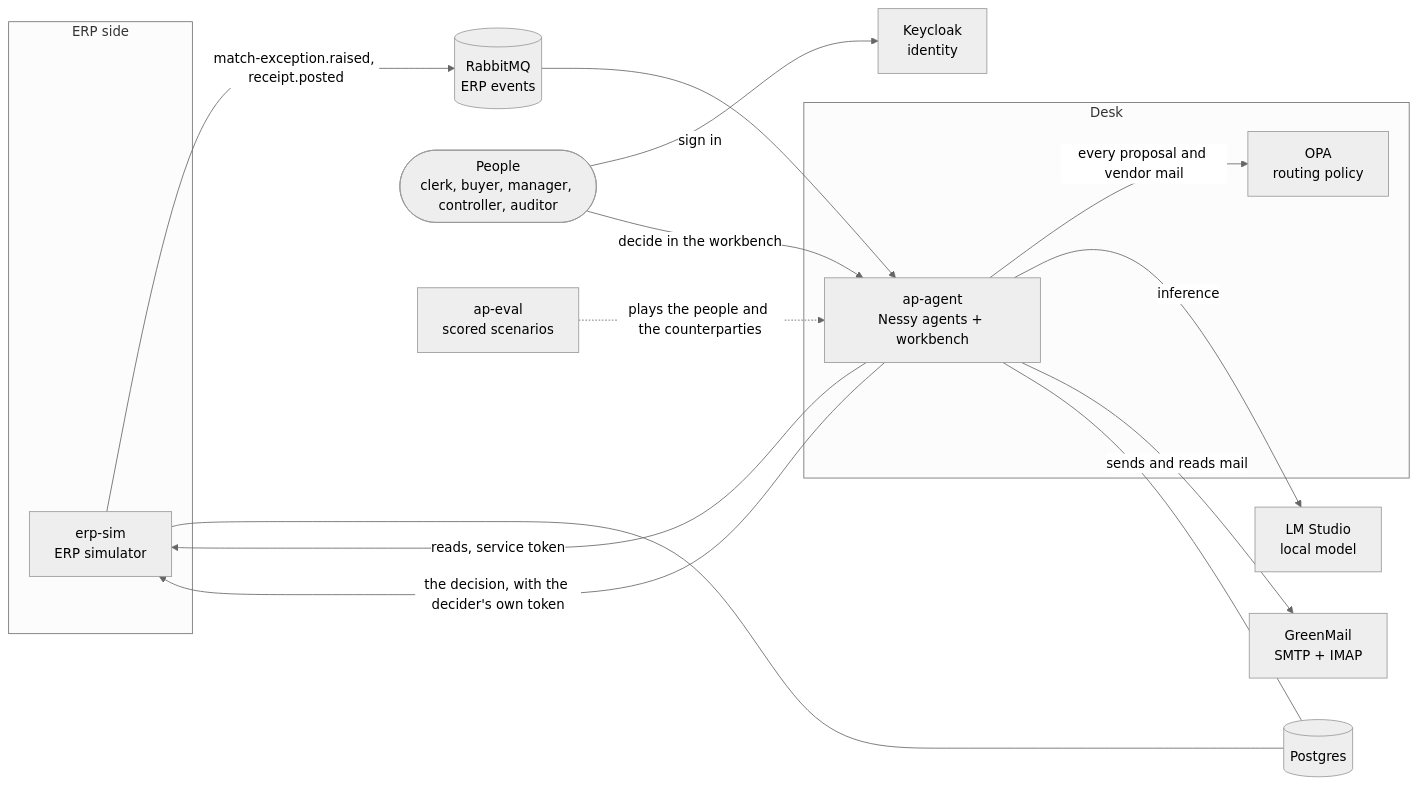
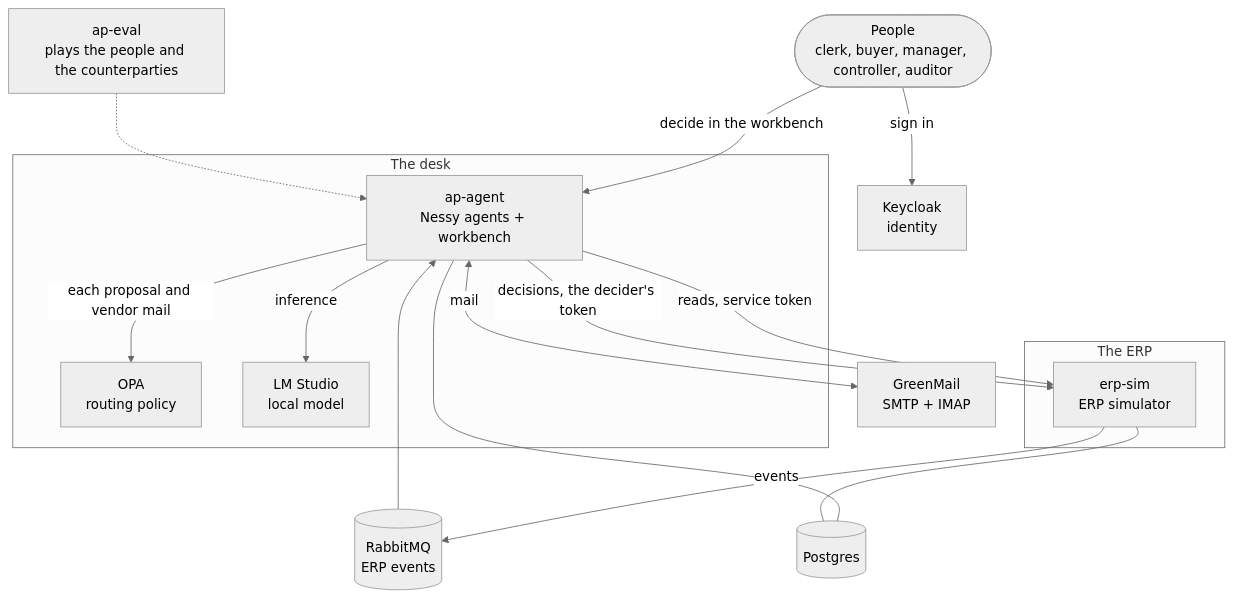
The first of 4 diagrams in docs/system.md (jwcarman/nessy-ap), drawn with Mermaid (neutral theme) before and after one commit. The commit also changed other lines of this file and 33 other files, not shown here.

````diff
--- a/docs/system.md
+++ b/docs/system.md
@@ -19,29 +19,33 @@
 ```mermaid
-flowchart LR
-  subgraph ERP side
+flowchart TB
+  PEOPLE([People<br/>clerk, buyer, manager, controller, auditor])
+  EVAL[ap-eval<br/>plays the people and the counterparties]
+  KC[Keycloak<br/>identity]
+
+  subgraph DESK[The desk]
+    AGENT[ap-agent<br/>Nessy agents + workbench]
+    OPA[OPA<br/>routing policy]
+    LLM[LM Studio<br/>local model]
+  end
+
+  MAIL[GreenMail<br/>SMTP + IMAP]
+  MQ[(RabbitMQ<br/>ERP events)]
+
+  subgraph ERPSIDE[The ERP]
     ERP[erp-sim<br/>ERP simulator]
   end
-  subgraph Desk
-    AGENT[ap-agent<br/>Nessy agents + workbench]
-    OPA[OPA<br/>routing policy]
-  end
-  KC[Keycloak<br/>identity]
-  MQ[(RabbitMQ<br/>ERP events)]
+
   PG[(Postgres)]
-  MAIL[GreenMail<br/>SMTP + IMAP]
-  LLM[LM Studio<br/>local model]
-  PEOPLE([People<br/>clerk, buyer, manager, controller, auditor])
-  EVAL[ap-eval<br/>scored scenarios]
 
-  ERP -- match-exception.raised, receipt.posted --> MQ --> AGENT
-  AGENT -- reads, service token --> ERP
-  AGENT -- every proposal and vendor mail --> OPA
-  AGENT -- inference --> LLM
-  AGENT -- sends and reads mail --> MAIL
   PEOPLE -- sign in --> KC
   PEOPLE -- decide in the workbench --> AGENT
-  AGENT -- the decision, with the decider's own token --> ERP
+  EVAL -.-> AGENT
+  AGENT -- each proposal and vendor mail --> OPA
+  AGENT -- inference --> LLM
+  AGENT <-- mail --> MAIL
+  ERP -- events --> MQ --> AGENT
+  AGENT -- reads, service token --> ERP
+  AGENT -- decisions, the decider's token --> ERP
+  AGENT --- PG
   ERP --- PG
-  AGENT --- PG
-  EVAL -. plays the people and the counterparties .-> AGENT
 ```
````
